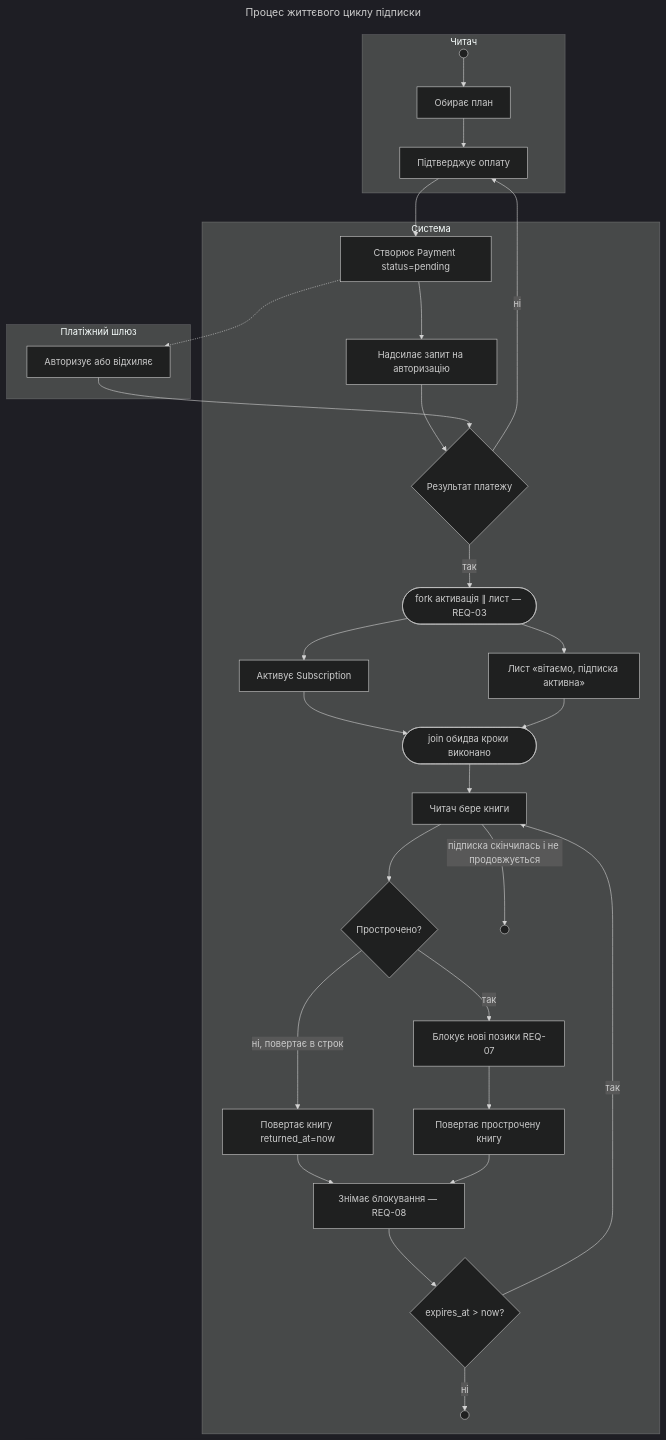
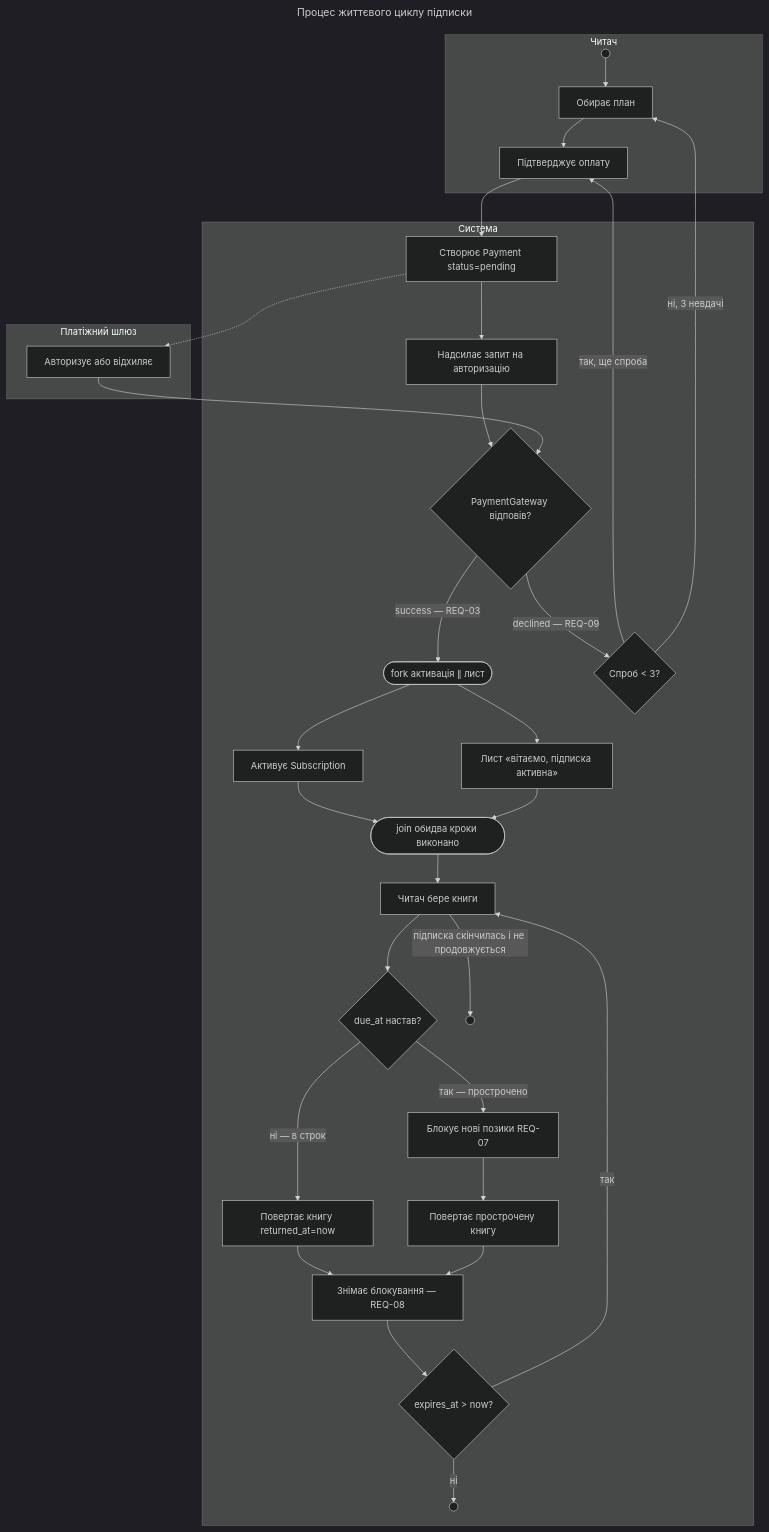
One commit to sanyalovemoney/KPI_labs changed the diagram in Labs/lab4-process/model/subscription-lifecycle.mmd. Above: the diagram before and after it, drawn with Mermaid (dark theme). The commit also changed 1 other file, not shown here.

Commit message:
lab4: fix - label payment guards with REQ refs, cap retries at 3

```diff
--- a/Labs/lab4-process/model/subscription-lifecycle.mmd
+++ b/Labs/lab4-process/model/subscription-lifecycle.mmd
@@ -1,37 +1,39 @@
 ---
 title: Процес життєвого циклу підписки
 ---
 flowchart TD
     subgraph Читач
         S(( )) --> B[Обирає план]
         B --> C[Підтверджує оплату]
     end
 
     subgraph Система
         C --> D[Створює Payment status=pending]
         D --> E[Надсилає запит на авторизацію]
-        E --> F{Результат платежу}
-        F -->|так| FK([fork активація ∥ лист — REQ-03])
+        E --> F{PaymentGateway відповів?}
+        F -->|success — REQ-03| FK([fork активація ∥ лист])
         FK --> G[Активує Subscription]
         FK --> H[Лист «вітаємо, підписка активна»]
         G --> JN([join обидва кроки виконано])
         H --> JN
         JN --> I[Читач бере книги]
-        F -->|ні| C
-        I --> J{Прострочено?}
-        J -->|ні, повертає в строк| RB[Повертає книгу returned_at=now]
+        F -->|declined — REQ-09| RT{Спроб < 3?}
+        RT -->|так, ще спроба| C
+        RT -->|ні, 3 невдачі| B
+        I --> J{due_at настав?}
+        J -->|ні — в строк| RB[Повертає книгу returned_at=now]
         RB --> UB[Знімає блокування — REQ-08]
         UB --> EX{expires_at > now?}
         EX -->|так| I
         EX -->|ні| END1(( ))
-        J -->|так| K[Блокує нові позики REQ-07]
+        J -->|так — прострочено| K[Блокує нові позики REQ-07]
         K --> RB2[Повертає прострочену книгу]
         RB2 --> UB
         I -->|підписка скінчилась і не продовжується| END2(( ))
     end
 
     subgraph Платіжний шлюз
         E1[Авторизує або відхиляє] --> F
     end
 
     D -.-> E1
```
